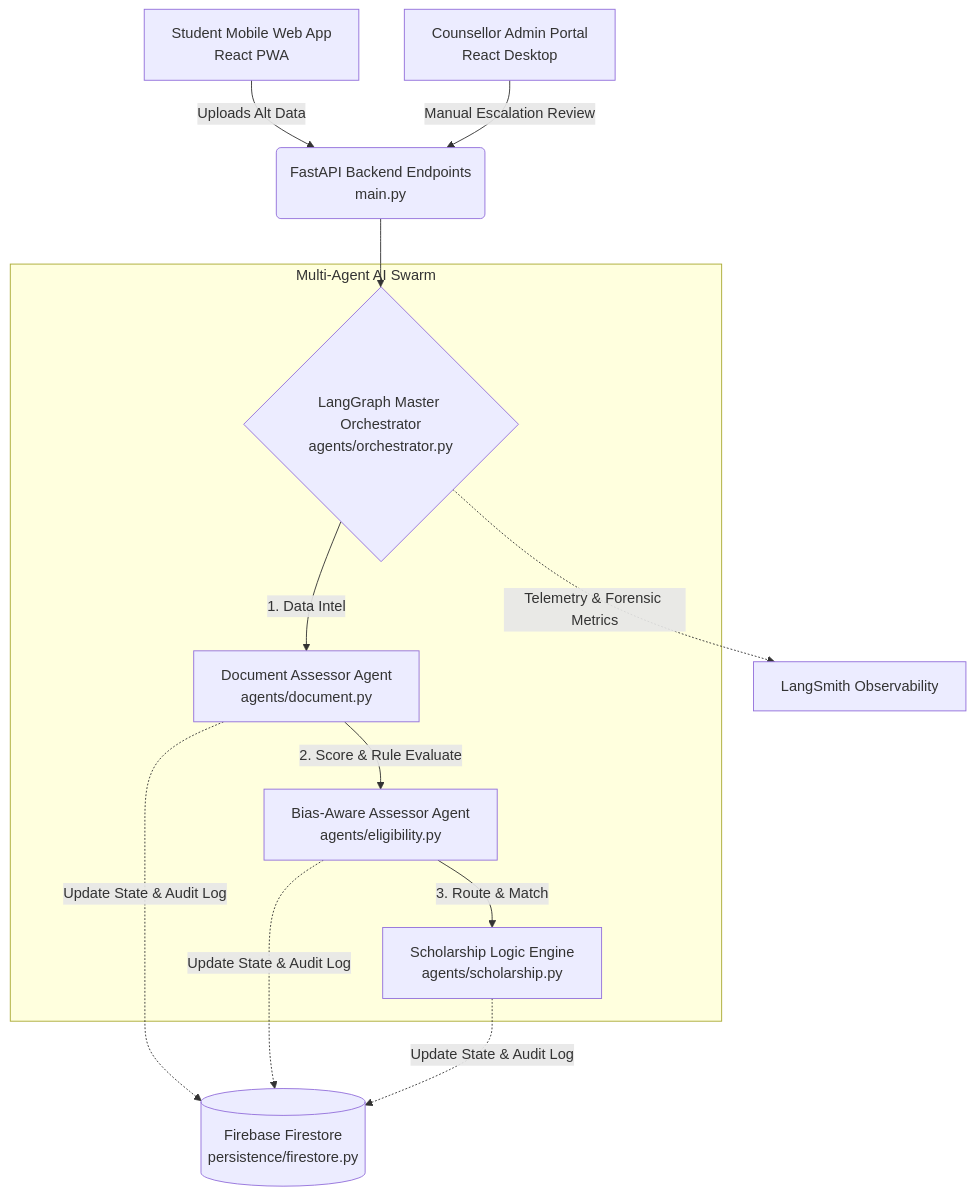
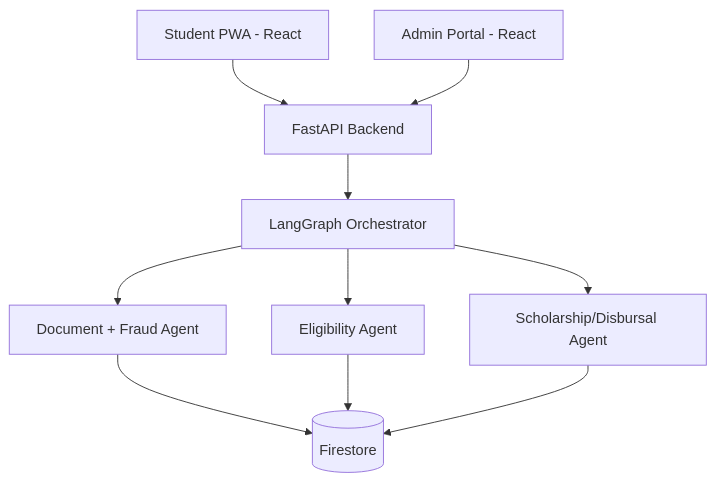
The diagram in README.md (anand-esc/FinFlow), drawn with Mermaid before and after one commit. The commit also changed other lines of this file and 2 other files, not shown here.

````diff
--- a/README.md
+++ b/README.md
@@ -13,19 +18,12 @@
 ```mermaid
 graph TD
-    S[Student Mobile Web App <br> React PWA] -->|Uploads Alt Data| B(FastAPI Backend Endpoints <br> main.py)
-    A[Counsellor Admin Portal <br> React Desktop] -->|Manual Escalation Review| B
-    
-    B --> O{LangGraph Master Orchestrator<br>agents/orchestrator.py}
-    
-    subgraph Multi-Agent AI Swarm
-        O -->|1. Data Intel| D[Document Assessor Agent <br> agents/document.py]
-        D -->|2. Score & Rule Evaluate| E[Bias-Aware Assessor Agent <br> agents/eligibility.py]
-        E -->|3. Route & Match| M[Scholarship Logic Engine <br> agents/scholarship.py]
-    end
-    
-    D -.->|Update State & Audit Log| DB[(Firebase Firestore <br> persistence/firestore.py)]
-    E -.->|Update State & Audit Log| DB
-    M -.->|Update State & Audit Log| DB
-    
-    O -.-> |Telemetry & Forensic Metrics| L[LangSmith Observability]
+    S[Student PWA - React] --> B[FastAPI Backend]
+    A[Admin Portal - React] --> B
+    B --> O[LangGraph Orchestrator]
+    O --> D[Document + Fraud Agent]
+    O --> E[Eligibility Agent]
+    O --> M[Scholarship/Disbursal Agent]
+    D --> F[(Firestore)]
+    E --> F
+    M --> F
 ```
````
